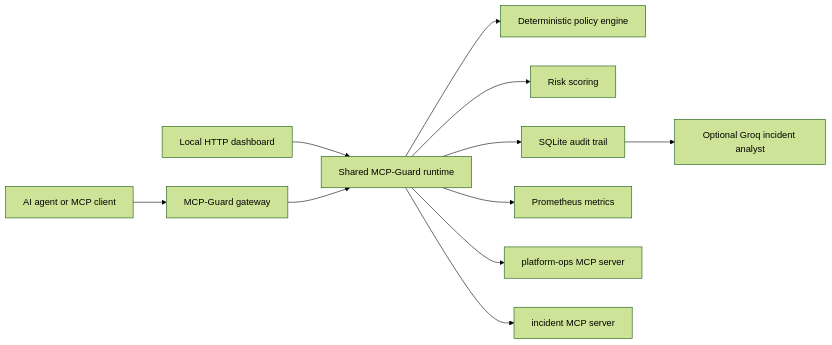
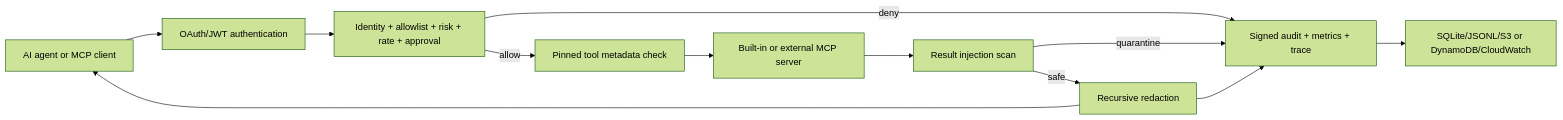
Before and after one commit to gaurav-gs7/Verdikt: the diagram in README.md, drawn with Mermaid (forest theme). The commit also changed other lines of this file and 101 other files, not shown here.

````diff
--- a/README.md
+++ b/README.md
@@ -26,13 +45,14 @@
 ```mermaid
 flowchart LR
-    Agent["AI agent or MCP client"] --> Gateway["MCP-Guard gateway"]
-    Dashboard["Local HTTP dashboard"] --> Runtime["Shared MCP-Guard runtime"]
-    Gateway --> Runtime
-    Runtime --> Policy["Deterministic policy engine"]
-    Runtime --> Risk["Risk scoring"]
-    Runtime --> Audit["SQLite audit trail"]
-    Runtime --> Metrics["Prometheus metrics"]
-    Runtime --> Platform["platform-ops MCP server"]
-    Runtime --> Incident["incident MCP server"]
-    Audit --> Analyst["Optional Groq incident analyst"]
+    Agent["AI agent or MCP client"] --> Auth["OAuth/JWT authentication"]
+    Auth --> Request["Identity + allowlist + risk + rate + approval"]
+    Request -->|"deny"| Evidence["Signed audit + metrics + trace"]
+    Request -->|"allow"| Integrity["Pinned tool metadata check"]
+    Integrity --> Upstream["Built-in or external MCP server"]
+    Upstream --> Inspect["Result injection scan"]
+    Inspect -->|"quarantine"| Evidence
+    Inspect -->|"safe"| Redact["Recursive redaction"]
+    Redact --> Agent
+    Redact --> Evidence
+    Evidence --> Sink["SQLite/JSONL/S3 or DynamoDB/CloudWatch"]
 ```
````
